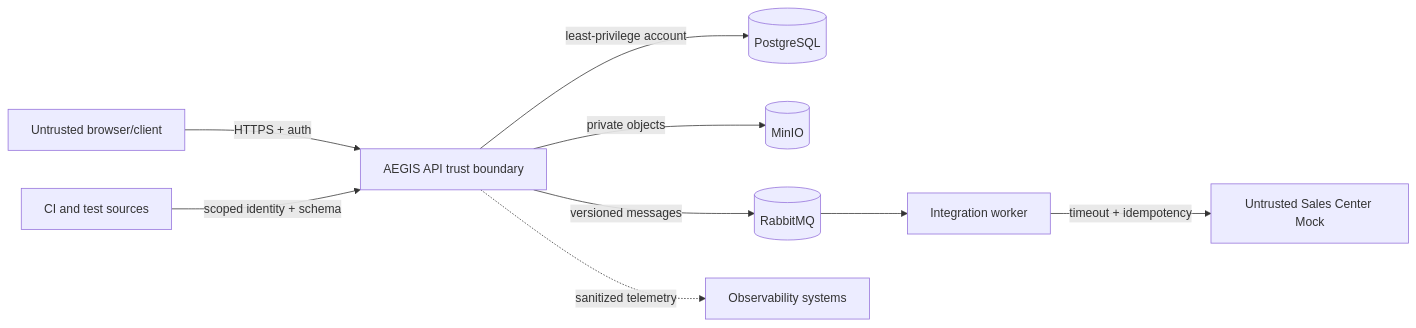
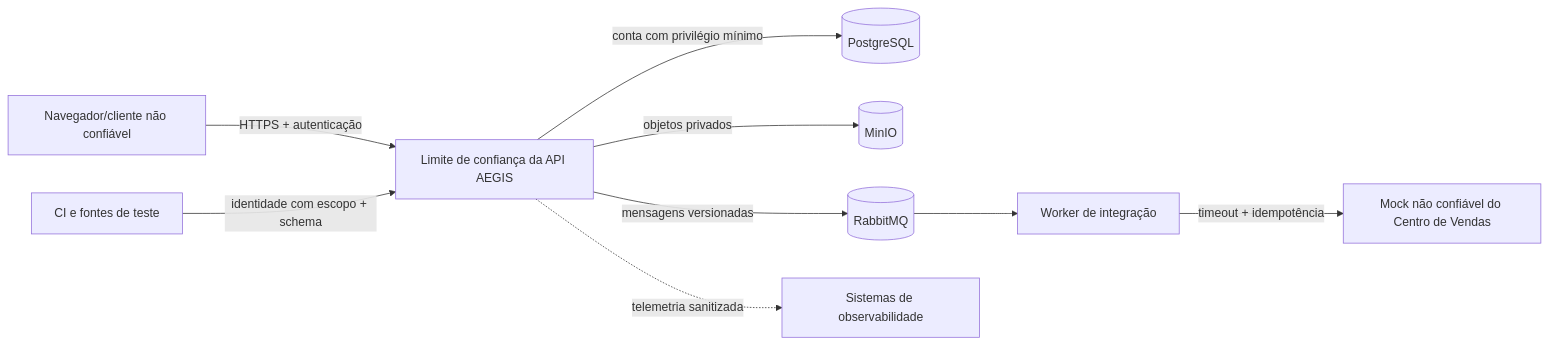
The diagram in docs/SECURITY.md (SYTEF/AEGIS), drawn with Mermaid before and after one commit. The commit also changed other lines of this file and 15 other files, not shown here.

````diff
--- a/docs/SECURITY.md
+++ b/docs/SECURITY.md
@@ -41,11 +41,11 @@
-```mermaid
+~~~mermaid
 flowchart LR
-    Browser["Untrusted browser/client"] -->|"HTTPS + auth"| API["AEGIS API trust boundary"]
-    CI["CI and test sources"] -->|"scoped identity + schema"| API
-    API -->|"least-privilege account"| DB[("PostgreSQL")]
-    API -->|"private objects"| Store[("MinIO")]
-    API -->|"versioned messages"| Broker[("RabbitMQ")]
-    Broker --> Worker["Integration worker"]
-    Worker -->|"timeout + idempotency"| External["Untrusted Sales Center Mock"]
-    API -."sanitized telemetry".-> Telemetry["Observability systems"]
-```
+    Browser["Navegador/cliente não confiável"] -->|"HTTPS + autenticação"| API["Limite de confiança da API AEGIS"]
+    CI["CI e fontes de teste"] -->|"identidade com escopo + schema"| API
+    API -->|"conta com privilégio mínimo"| DB[("PostgreSQL")]
+    API -->|"objetos privados"| Store[("MinIO")]
+    API -->|"mensagens versionadas"| Broker[("RabbitMQ")]
+    Broker --> Worker["Worker de integração"]
+    Worker -->|"timeout + idempotência"| External["Mock não confiável do Centro de Vendas"]
+    API -."telemetria sanitizada".-> Telemetry["Sistemas de observabilidade"]
+~~~
````
